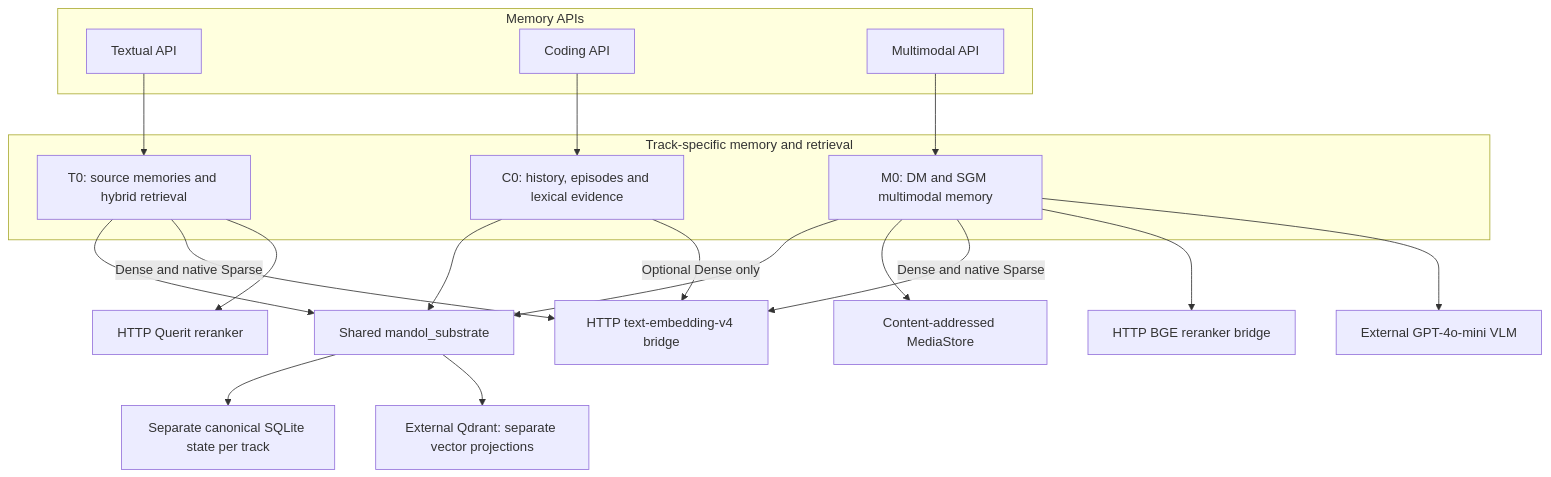
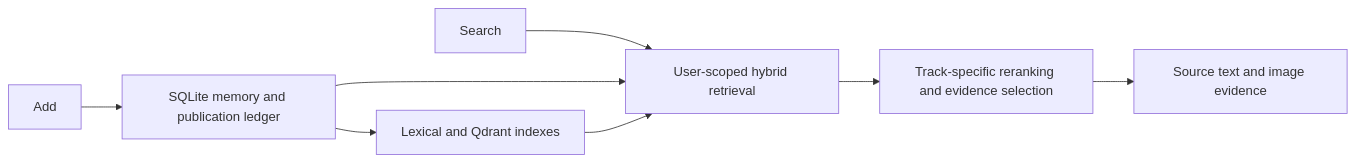
The diagram in README.md (astronaut2003/mandol-competition-opensource), drawn with Mermaid before and after one commit. The commit also changed other lines of this file and 232 other files, not shown here.

````diff
--- a/README.md
+++ b/README.md
@@ -38,28 +45,10 @@
 ```mermaid
-flowchart TD
-    subgraph APIs[Memory APIs]
-        T[Textual API]
-        C[Coding API]
-        M[Multimodal API]
-    end
-    subgraph Tracks[Track-specific memory and retrieval]
-        T0[T0: source memories and hybrid retrieval]
-        C0[C0: history, episodes and lexical evidence]
-        M0[M0: DM and SGM multimodal memory]
-    end
-    T --> T0
-    C --> C0
-    M --> M0
-    T0 --> S[Shared mandol_substrate]
-    C0 --> S
-    M0 --> S
-    S --> DB[Separate canonical SQLite state per track]
-    S --> Q[External Qdrant: separate vector projections]
-    M0 --> MEDIA[Content-addressed MediaStore]
-    T0 -->|Dense and native Sparse| V4[HTTP text-embedding-v4 bridge]
-    M0 -->|Dense and native Sparse| V4
-    C0 -->|Optional Dense only| V4
-    T0 --> QUERIT[HTTP Querit reranker]
-    M0 --> BGE[HTTP BGE reranker bridge]
-    M0 --> VLM[External GPT-4o-mini VLM]
+flowchart LR
+    A[Add] --> C[SQLite memory and publication ledger]
+    C --> I[Lexical and Qdrant indexes]
+    S[Search] --> H[User-scoped hybrid retrieval]
+    C --> H
+    I --> H
+    H --> R[Track-specific reranking and evidence selection]
+    R --> E[Source text and image evidence]
 ```
````
